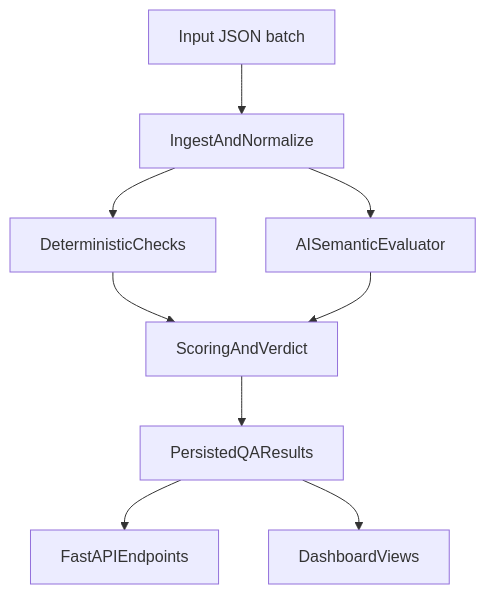
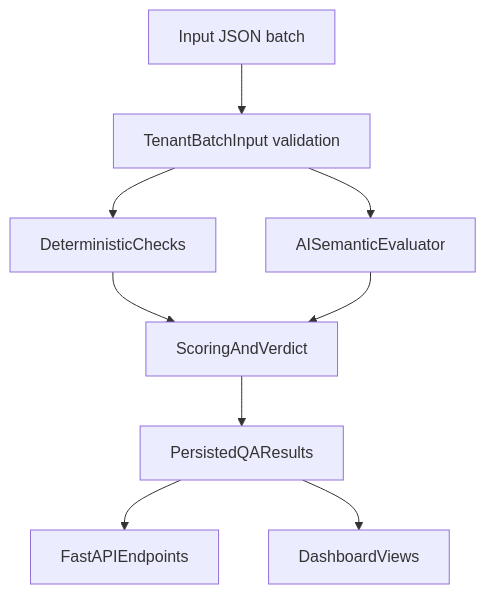
The diagram in README.md (bmnova/storyteller-story_trust), drawn with Mermaid before and after one commit. The commit also changed other lines of this file, not shown here.

````diff
--- a/README.md
+++ b/README.md
@@ -29,11 +30,11 @@
 ```mermaid
 flowchart TD
-    inputData[Input JSON batch] --> ingestService[IngestAndNormalize]
+    inputData[Input JSON batch] --> ingestService[TenantBatchInput validation]
     ingestService --> ruleEngine[DeterministicChecks]
     ingestService --> aiEngine[AISemanticEvaluator]
     ruleEngine --> scoreEngine[ScoringAndVerdict]
     aiEngine --> scoreEngine
     scoreEngine --> reports[PersistedQAResults]
     reports --> apiLayer[FastAPIEndpoints]
     reports --> webUi[DashboardViews]
 ```
````
